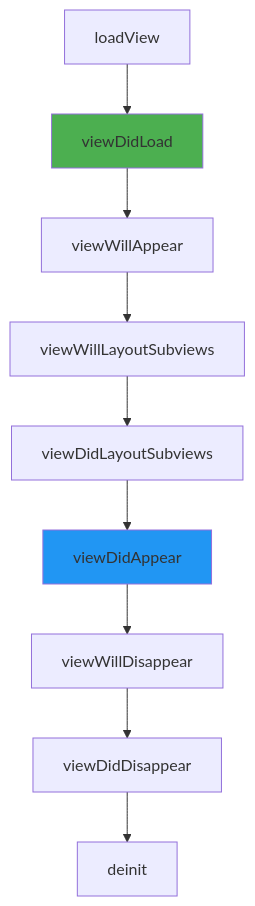
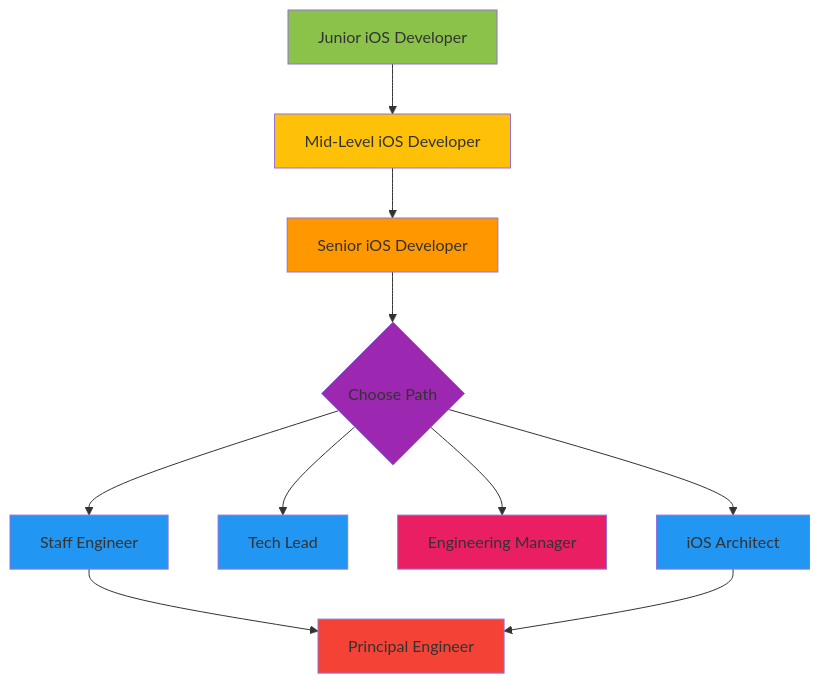
Before and after one commit to muhittincamdali/mobile-developer-roadmap: the second of 2 diagrams in docs/ios-roadmap.md, drawn with Mermaid. The commit also changed other lines of this file and 5 other files, not shown here.

First line of the commit message:
docs: rework roadmap with specialized tracks and interview prep

````diff
--- a/docs/ios-roadmap.md
+++ b/docs/ios-roadmap.md
@@ -849,14 +1408,22 @@
 ```mermaid
-flowchart TD
-    A[loadView] --> B[viewDidLoad]
-    B --> C[viewWillAppear]
-    C --> D[viewWillLayoutSubviews]
-    D --> E[viewDidLayoutSubviews]
-    E --> F[viewDidAppear]
-    F --> G[viewWillDisappear]
-    G --> H[viewDidDisappear]
-    H --> I[deinit]
+graph TD
+    A[Junior iOS Developer] --> B[Mid-Level iOS Developer]
+    B --> C[Senior iOS Developer]
+    C --> D{Choose Path}
+    D --> E[Staff Engineer]
+    D --> F[Tech Lead]
+    D --> G[Engineering Manager]
+    D --> H[iOS Architect]
+    E --> I[Principal Engineer]
+    H --> I
     
-    style B fill:#4CAF50
+    style A fill:#8BC34A
+    style B fill:#FFC107
+    style C fill:#FF9800
+    style D fill:#9C27B0
+    style E fill:#2196F3
     style F fill:#2196F3
+    style G fill:#E91E63
+    style H fill:#2196F3
+    style I fill:#F44336
 ```
````
